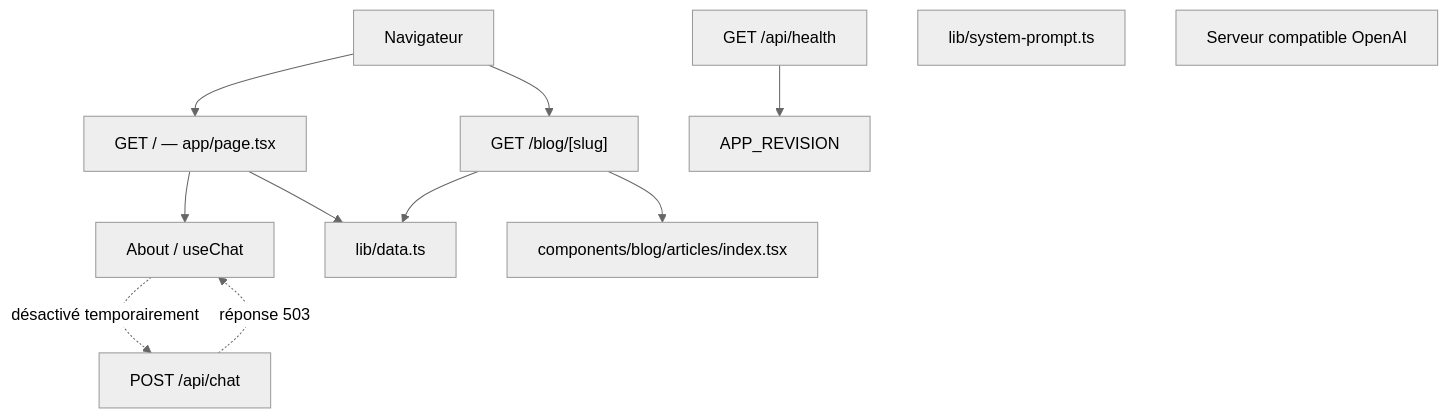
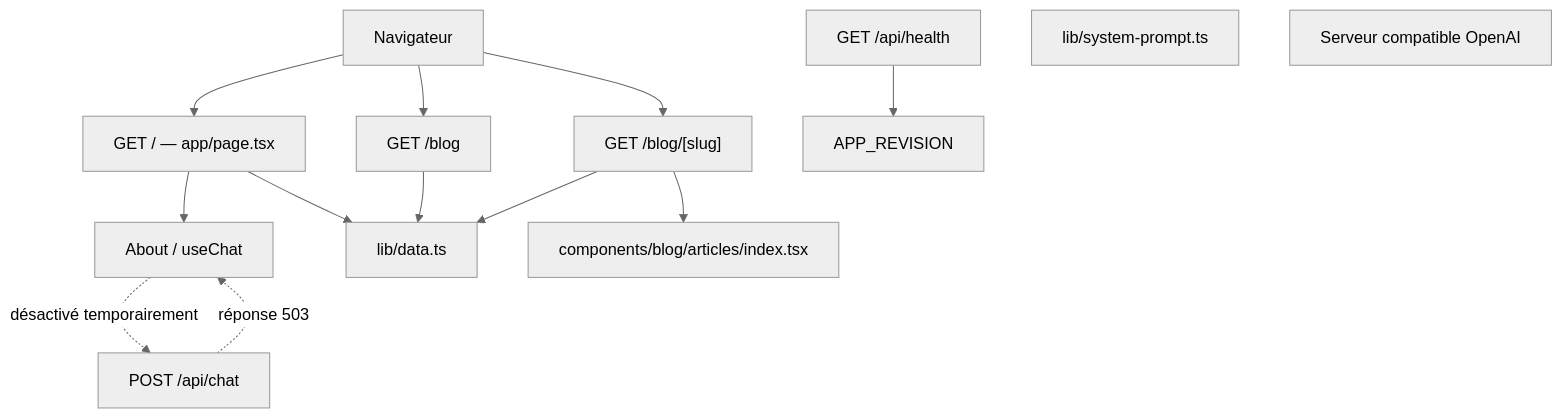
The diagram in CONTEXT.md (alexcommeau/my-portfolio), drawn with Mermaid (neutral theme) before and after one commit. The commit also changed other lines of this file and 32 other files, not shown here.

````diff
--- a/CONTEXT.md
+++ b/CONTEXT.md
@@ -143,23 +145,26 @@
 ```mermaid
 flowchart TD
     Browser[Navigateur]
     Home["GET / — app/page.tsx"]
-    Blog["GET /blog/[slug]"]
+    BlogIndex["GET /blog"]
+    Article["GET /blog/[slug]"]
     ChatUI["About / useChat"]
     ChatAPI["POST /api/chat"]
     Health["GET /api/health"]
     Prompt["lib/system-prompt.ts"]
     Data["lib/data.ts"]
     LLM["Serveur compatible OpenAI"]
     Registry["components/blog/articles/index.tsx"]
 
     Browser --> Home
-    Browser --> Blog
+    Browser --> BlogIndex
+    Browser --> Article
     Home --> Data
-    Blog --> Data
-    Blog --> Registry
+    BlogIndex --> Data
+    Article --> Data
+    Article --> Registry
     Home --> ChatUI
     ChatUI -. désactivé temporairement .-> ChatAPI
     ChatAPI -. réponse 503 .-> ChatUI
     Health --> Revision["APP_REVISION"]
 ```
````
